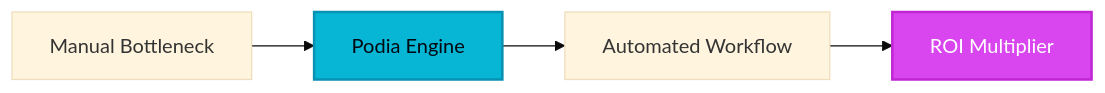
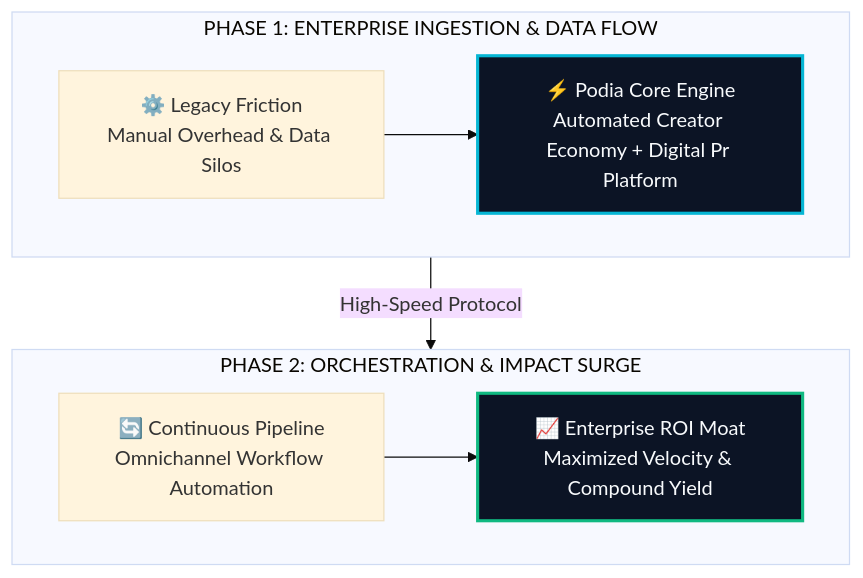
The diagram in site/src/content/blog/podia-evolution-guide-2026.md (heliatech-media/saas-radar), drawn with Mermaid (base theme) before and after one commit. The commit also changed 97 other files, not shown here.

First line of the commit message:
feat(diagrams): upgrade all article architecture schemas to high-impact 2-tier responsive vector blueprints

````diff
--- a/site/src/content/blog/podia-evolution-guide-2026.md
+++ b/site/src/content/blog/podia-evolution-guide-2026.md
@@ -51,8 +51,14 @@
 ```mermaid
-flowchart LR
-    A[Manual Bottleneck] --> B[Podia Engine]
-    B --> C[Automated Workflow]
-    C --> D[ROI Multiplier]
-    style B fill:#06b6d4,stroke:#0891b2,stroke-width:2px,color:#030712
-    style D fill:#d946ef,stroke:#c026d3,stroke-width:2px,color:#ffffff
+flowchart TD
+    subgraph S1["PHASE 1: ENTERPRISE INGESTION & DATA FLOW"]
+        direction LR
+        A["⚙️ Legacy Friction<br/>Manual Overhead & Data Silos"] --> B["⚡ Podia Core Engine<br/>Automated Creator Economy + Digital Pr Platform"]
+    end
+    subgraph S2["PHASE 2: ORCHESTRATION & IMPACT SURGE"]
+        direction LR
+        C["🔄 Continuous Pipeline<br/>Omnichannel Workflow Automation"] --> D["📈 Enterprise ROI Moat<br/>Maximized Velocity & Compound Yield"]
+    end
+    S1 -->|High-Speed Protocol| S2
+    style B fill:#0c1425,stroke:#06b6d4,stroke-width:2.5px,color:#f8fafc
+    style D fill:#0c1425,stroke:#10b981,stroke-width:2.5px,color:#f8fafc
 ```
````
